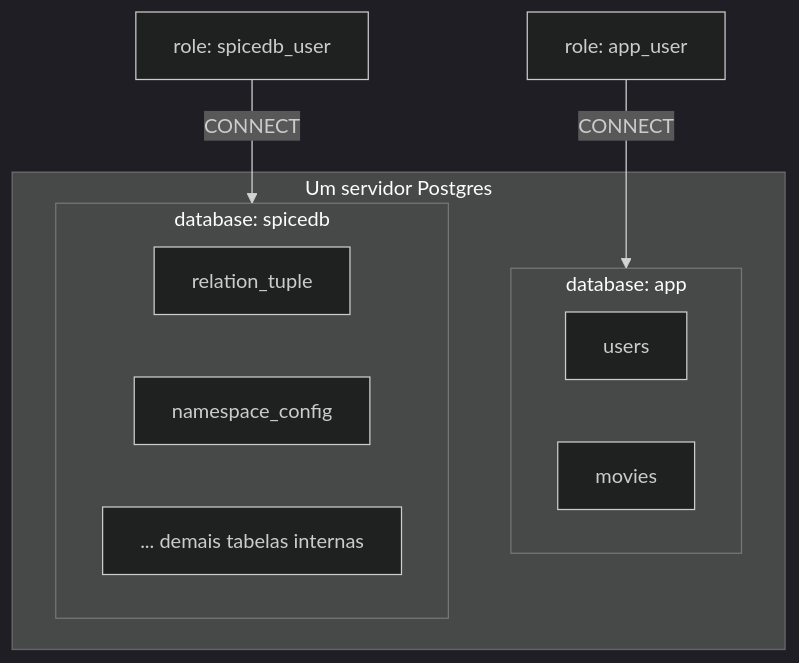
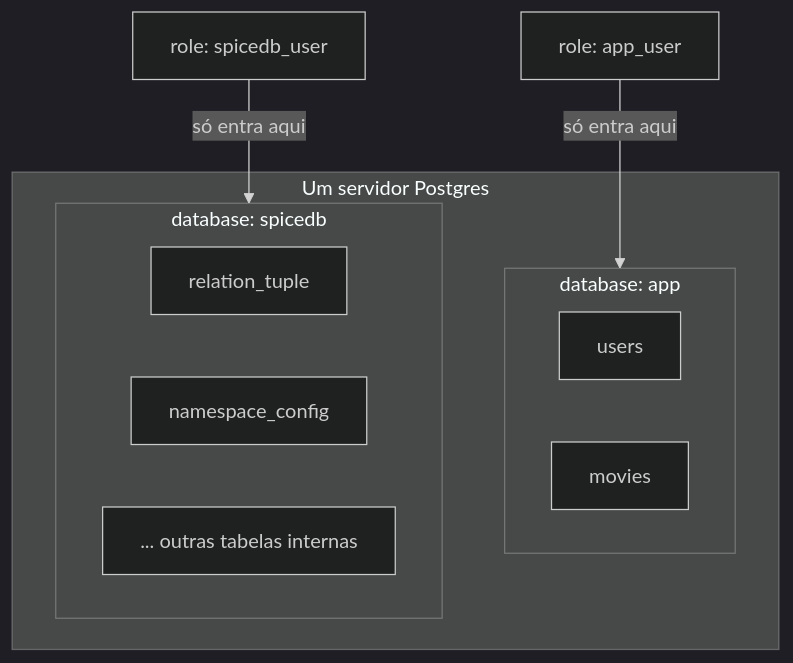
Before and after one commit to luizfarabellobp/clojure-spicedb-poc: the first of 3 diagrams in .docs/02-como-o-spicedb-funciona-nesta-poc.md, drawn with Mermaid (dark theme). The commit also changed other lines of this file and 3 other files, not shown here.

````diff
--- a/.docs/02-como-o-spicedb-funciona-nesta-poc.md
+++ b/.docs/02-como-o-spicedb-funciona-nesta-poc.md
@@ -68,16 +69,16 @@
 ```mermaid
 graph TB
     subgraph PG["Um servidor Postgres"]
         subgraph DBAPP["database: app"]
             T1["users"]
             T2["movies"]
         end
         subgraph DBSD["database: spicedb"]
             T3["relation_tuple"]
             T4["namespace_config"]
-            T5["... demais tabelas internas"]
+            T5["... outras tabelas internas"]
         end
     end
-    R1["role: app_user"] -->|CONNECT| DBAPP
-    R2["role: spicedb_user"] -->|CONNECT| DBSD
+    R1["role: app_user"] -->|só entra aqui| DBAPP
+    R2["role: spicedb_user"] -->|só entra aqui| DBSD
 ```
````
